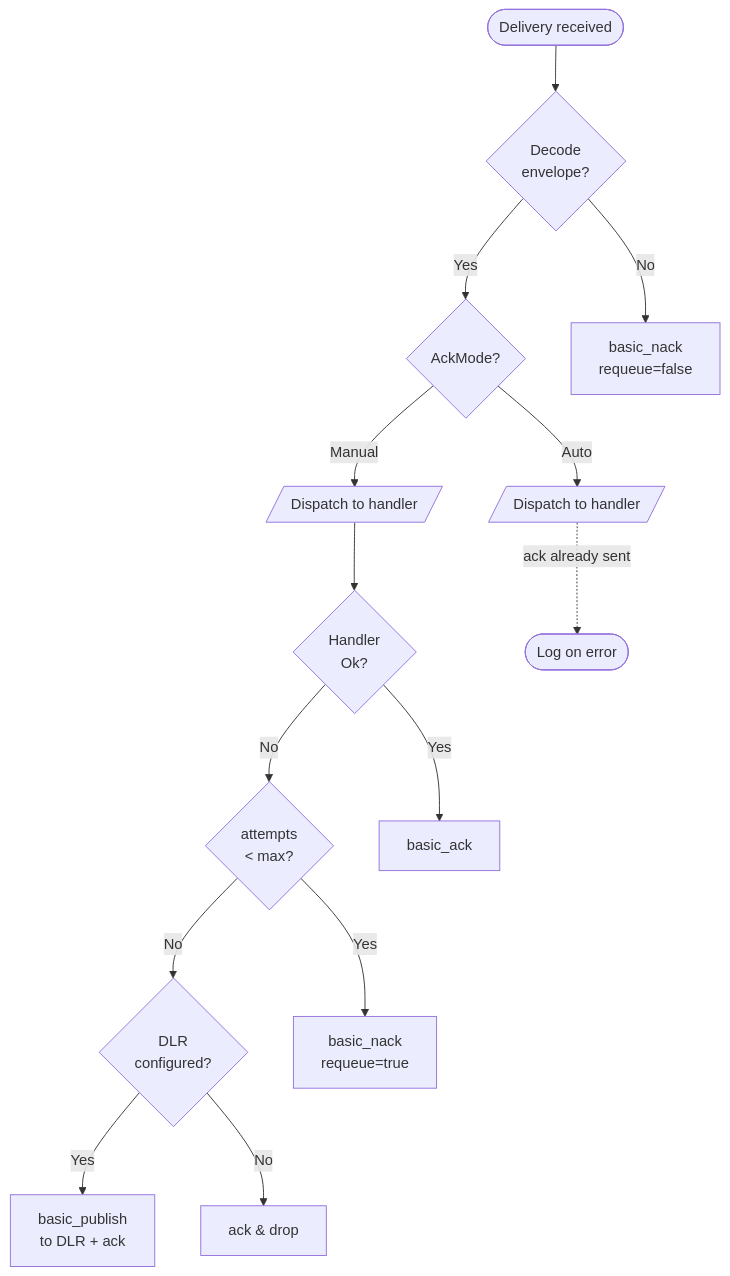
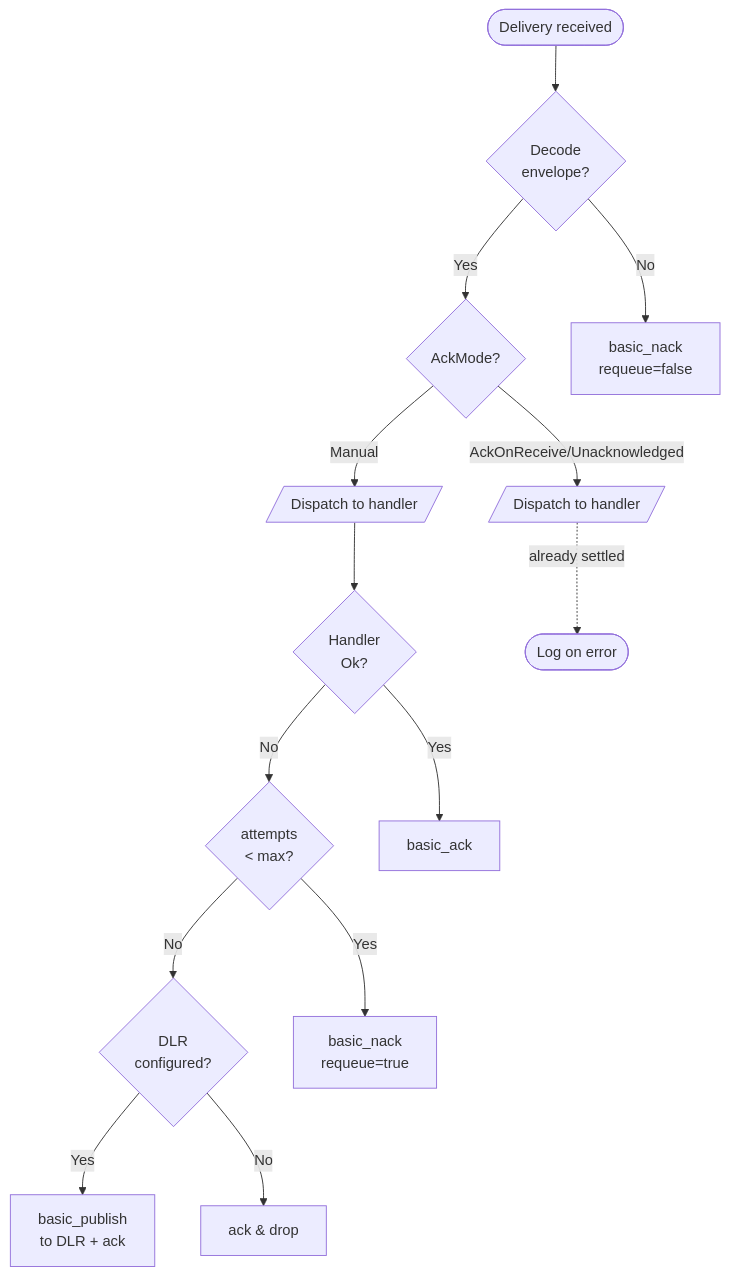
The second of 2 diagrams in docs/architecture/bus-flow.md (nubster-opensources/hexeract), drawn with Mermaid before and after one commit. The commit also changed 7 other files, not shown here.

First line of the commit message:
fix(bus-rabbitmq): replace lossy AckMode::Auto with explicit ack modes

````diff
--- a/docs/architecture/bus-flow.md
+++ b/docs/architecture/bus-flow.md
@@ -46,29 +46,29 @@
 ```mermaid
 flowchart TD
     delivery([Delivery received])
     decode{Decode<br/>envelope?}
     ack_mode{AckMode?}
     dispatch[/Dispatch to handler/]
     handler_ok{Handler<br/>Ok?}
     attempts{attempts<br/>< max?}
     dlr{DLR<br/>configured?}
     ack[basic_ack]
     nack_requeue[basic_nack<br/>requeue=true]
     publish_dlr[basic_publish<br/>to DLR + ack]
     drop[ack & drop]
 
     delivery --> decode
     decode -- No --> nack_drop[basic_nack<br/>requeue=false]
     decode -- Yes --> ack_mode
-    ack_mode -- Auto --> dispatch_auto[/Dispatch to handler/]
+    ack_mode -- AckOnReceive/Unacknowledged --> dispatch_auto[/Dispatch to handler/]
     ack_mode -- Manual --> dispatch
-    dispatch_auto -. ack already sent .-> ignore_outcome([Log on error])
+    dispatch_auto -. already settled .-> ignore_outcome([Log on error])
 
     dispatch --> handler_ok
     handler_ok -- Yes --> ack
     handler_ok -- No --> attempts
     attempts -- Yes --> nack_requeue
     attempts -- No --> dlr
     dlr -- Yes --> publish_dlr
     dlr -- No --> drop
 ```
````
